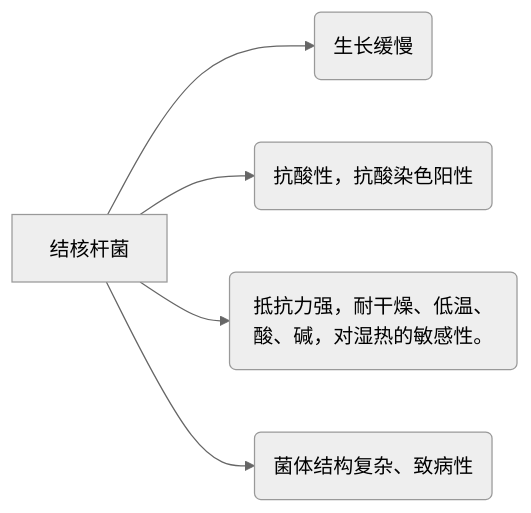
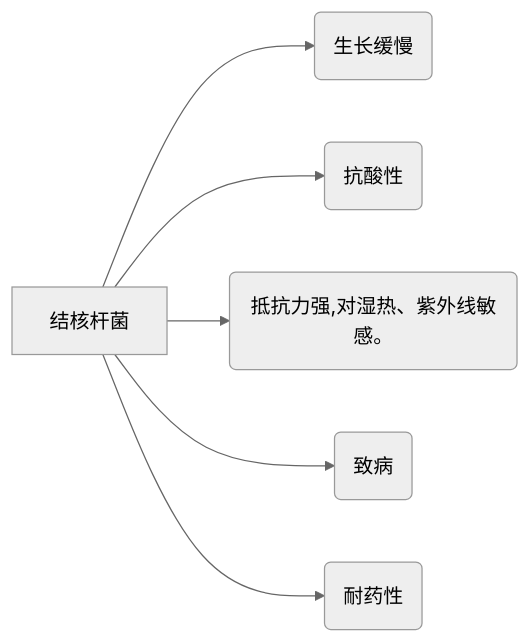
Before and after one commit to viket-vista/Notes: the diagram in 大三下/内科学.md, drawn with Mermaid (neutral theme). The commit also changed other lines of this file, not shown here.

````diff
--- a/大三下/内科学.md
+++ b/大三下/内科学.md
@@ -11,7 +11,8 @@
 ```mermaid
 graph LR
 A[结核杆菌] --> B(生长缓慢)
-A --> C("抗酸性，抗酸染色阳性")
-A --> D("抵抗力强，耐干燥、低温、酸、碱，对湿热的敏感性。")
-A --> E("菌体结构复杂、致病性")
+A --> C("抗酸性")
+A --> D("抵抗力强,对湿热、紫外线敏感。")
+A --> E("致病")
+A --> F(耐药性)
 ```
````
